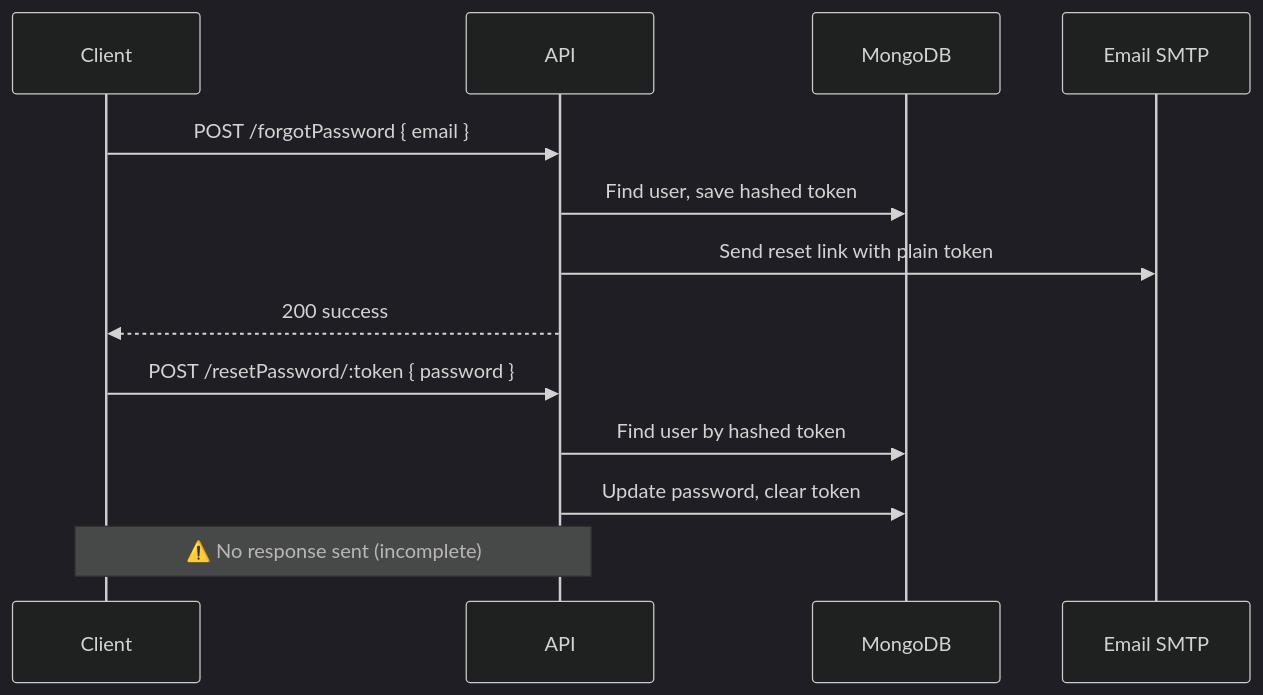
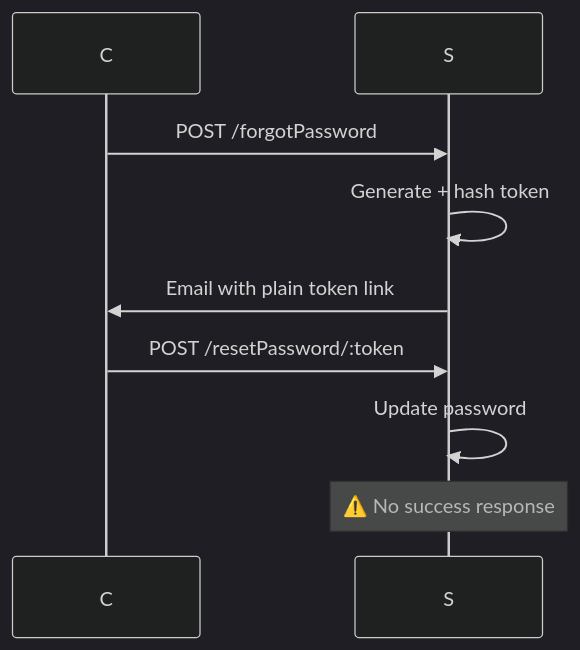
One commit to mohamedmadyan56/San3a-Fullstack changed diagram 13 of 15 in san3a-project/backend/SAN3A_BACKEND_DOCUMENTATION.md. Above: the diagram before and after it, drawn with Mermaid (dark theme). The commit also changed other lines of this file, not shown here.

````diff
--- a/san3a-project/backend/SAN3A_BACKEND_DOCUMENTATION.md
+++ b/san3a-project/backend/SAN3A_BACKEND_DOCUMENTATION.md
@@ -1781,17 +1192,9 @@
 ```mermaid
 sequenceDiagram
-    participant C as Client
-    participant S as API
-    participant DB as MongoDB
-    participant E as Email SMTP
-
-    C->>S: POST /forgotPassword { email }
-    S->>DB: Find user, save hashed token
-    S->>E: Send reset link with plain token
-    S-->>C: 200 success
-
-    C->>S: POST /resetPassword/:token { password }
-    S->>DB: Find user by hashed token
-    S->>DB: Update password, clear token
-    Note over S,C: ⚠️ No response sent (incomplete)
+    C->>S: POST /forgotPassword
+    S->>S: Generate + hash token
+    S->>C: Email with plain token link
+    C->>S: POST /resetPassword/:token
+    S->>S: Update password
+    Note over S: ⚠️ No success response
 ```
````
